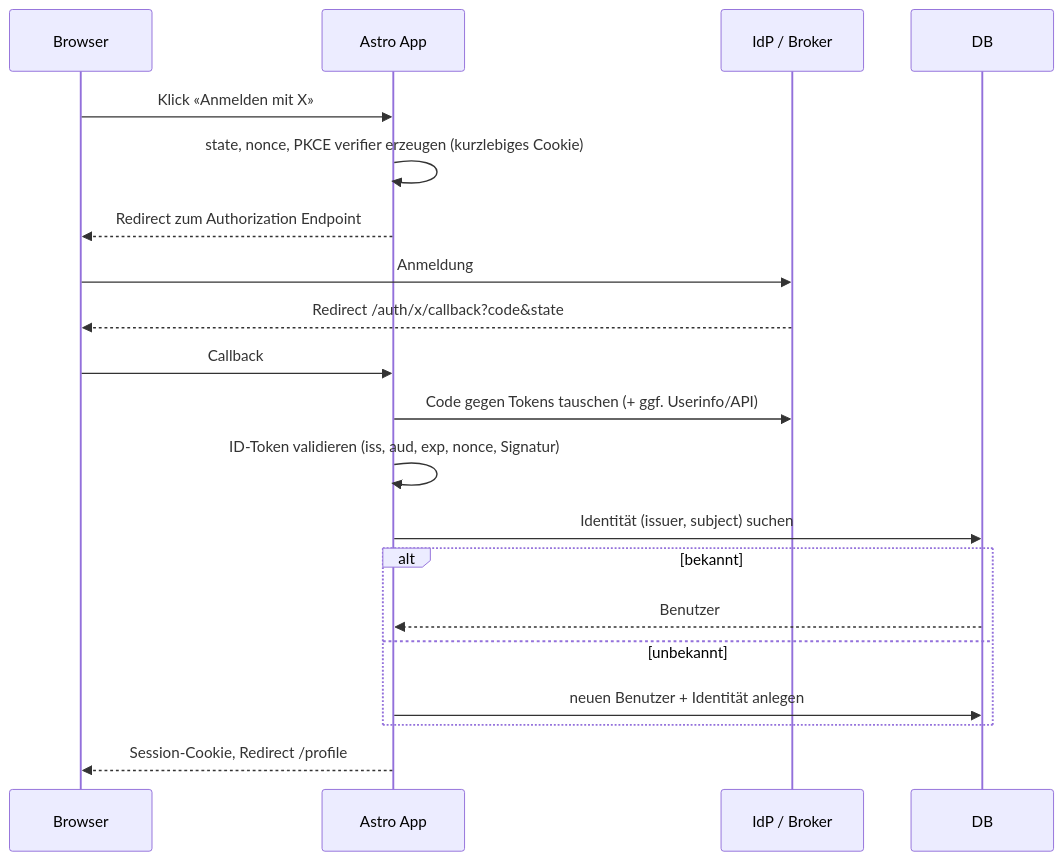
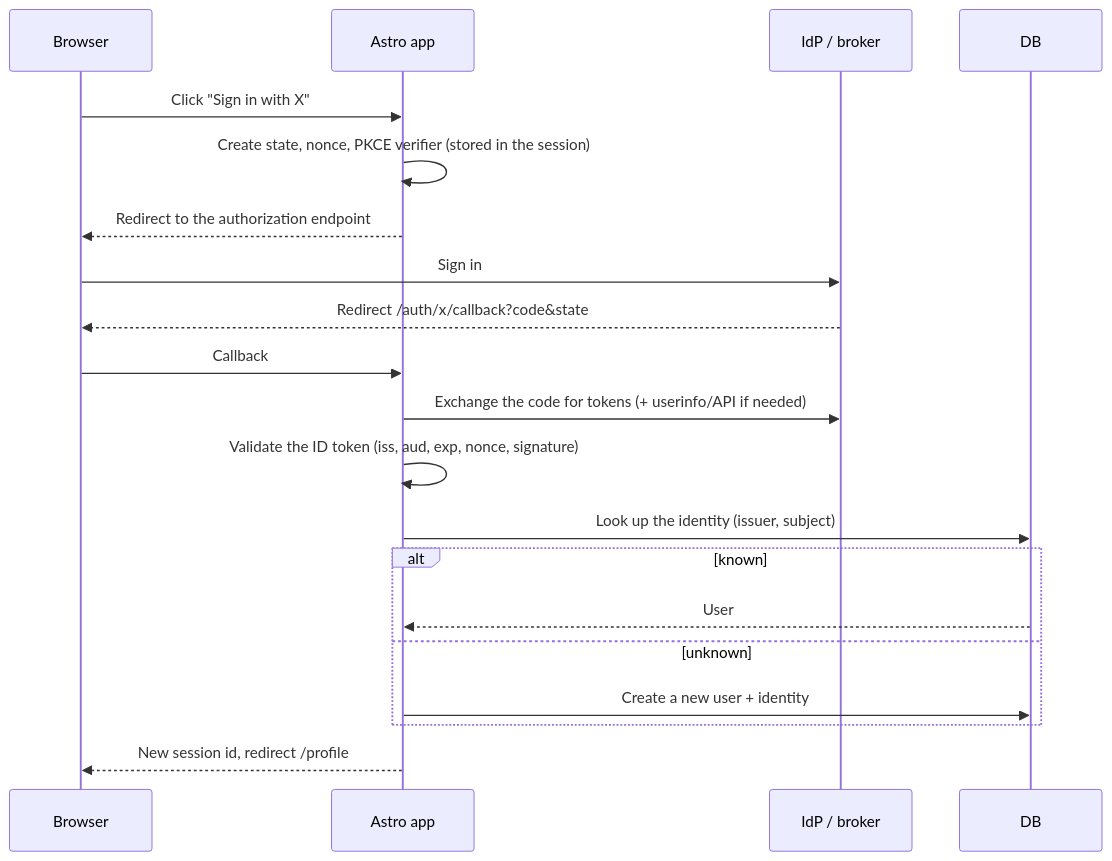
One commit to id-unibe-ch/ch-unibe-auth-example changed the second of 2 diagrams in docs/01-architecture.md. Above: the diagram before and after it, drawn with Mermaid. The commit also changed other lines of this file and 35 other files, not shown here.

````diff
--- a/docs/01-architecture.md
+++ b/docs/01-architecture.md
@@ -56,23 +56,23 @@
 ```mermaid
 sequenceDiagram
     participant B as Browser
-    participant A as Astro App
-    participant I as IdP / Broker
+    participant A as Astro app
+    participant I as IdP / broker
     participant D as DB
 
-    B->>A: Klick «Anmelden mit X»
-    A->>A: state, nonce, PKCE verifier erzeugen (kurzlebiges Cookie)
-    A-->>B: Redirect zum Authorization Endpoint
-    B->>I: Anmeldung
+    B->>A: Click "Sign in with X"
+    A->>A: Create state, nonce, PKCE verifier (stored in the session)
+    A-->>B: Redirect to the authorization endpoint
+    B->>I: Sign in
     I-->>B: Redirect /auth/x/callback?code&state
     B->>A: Callback
-    A->>I: Code gegen Tokens tauschen (+ ggf. Userinfo/API)
-    A->>A: ID-Token validieren (iss, aud, exp, nonce, Signatur)
-    A->>D: Identität (issuer, subject) suchen
-    alt bekannt
-        D-->>A: Benutzer
-    else unbekannt
-        A->>D: neuen Benutzer + Identität anlegen
+    A->>I: Exchange the code for tokens (+ userinfo/API if needed)
+    A->>A: Validate the ID token (iss, aud, exp, nonce, signature)
+    A->>D: Look up the identity (issuer, subject)
+    alt known
+        D-->>A: User
+    else unknown
+        A->>D: Create a new user + identity
     end
-    A-->>B: Session-Cookie, Redirect /profile
+    A-->>B: New session id, redirect /profile
 ```
````
